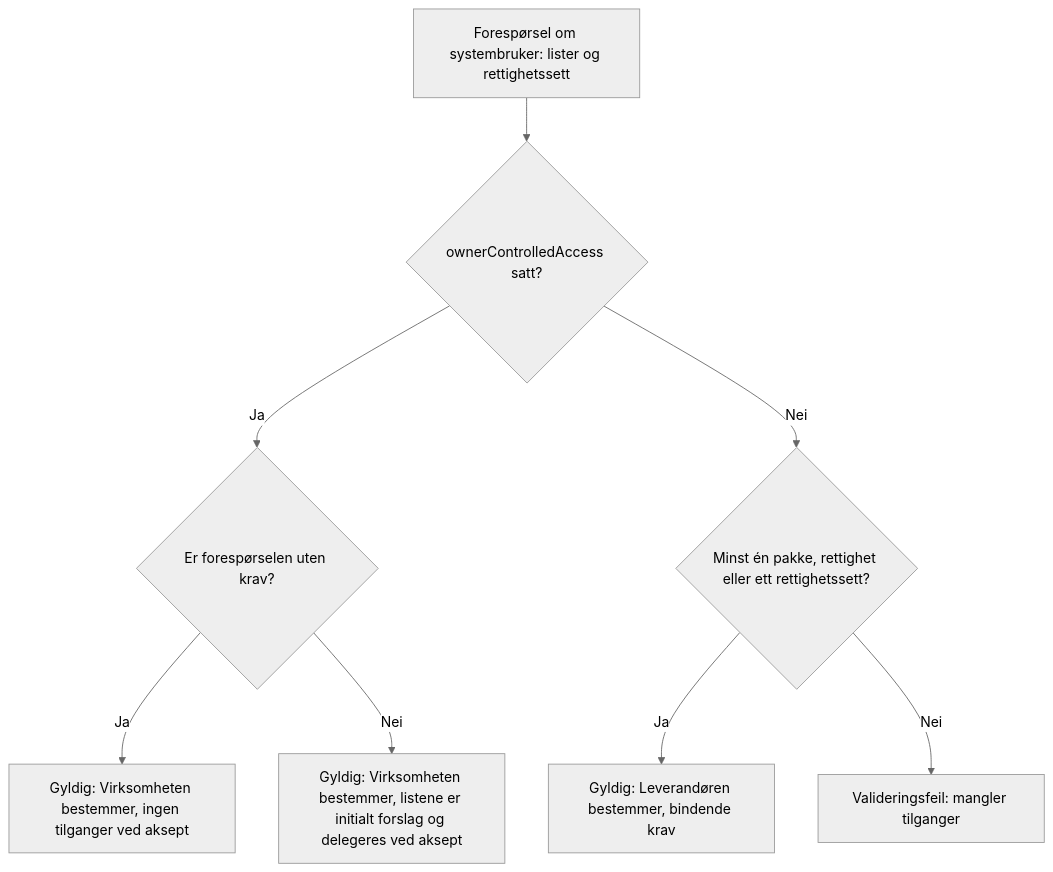
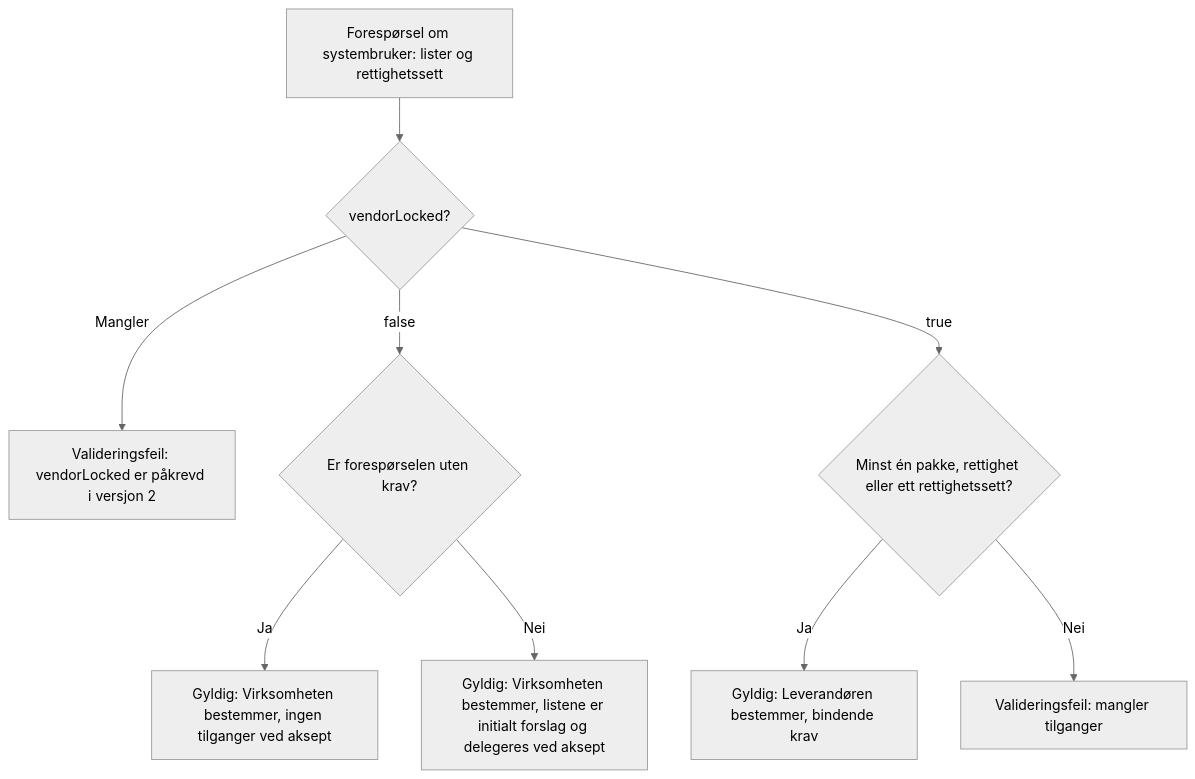
The second of 6 diagrams in content/authorization/guides/system-vendor/system-user/beslutningstre.nb.md (Altinn/altinn-studio-docs), drawn with Mermaid (neutral theme) before and after one commit. The commit also changed other lines of this file and 2 other files, not shown here.

First line of the commit message:
docs: rename system user flag to vendorLocked, required in v2

```diff
--- a/content/authorization/guides/system-vendor/system-user/beslutningstre.nb.md
+++ b/content/authorization/guides/system-vendor/system-user/beslutningstre.nb.md
@@ -41,10 +41,11 @@
 {{< mermaid >}}
 graph TD
-  REQUEST["Forespørsel om systembruker: lister og rettighetssett"] --> FLAG{"ownerControlledAccess satt?"}
-  FLAG -->|Ja| EMPTY{"Er forespørselen uten krav?"}
+  REQUEST["Forespørsel om systembruker: lister og rettighetssett"] --> FLAG{"vendorLocked?"}
+  FLAG -->|Mangler| ERROR1["Valideringsfeil: vendorLocked er påkrevd i versjon 2"]
+  FLAG -->|false| EMPTY{"Er forespørselen uten krav?"}
   EMPTY -->|Ja| FREE["Gyldig: Virksomheten bestemmer, ingen tilganger ved aksept"]
   EMPTY -->|Nei| PROPOSAL["Gyldig: Virksomheten bestemmer, listene er initialt forslag og delegeres ved aksept"]
-  FLAG -->|Nei| CONTENT{"Minst én pakke, rettighet eller ett rettighetssett?"}
+  FLAG -->|true| CONTENT{"Minst én pakke, rettighet eller ett rettighetssett?"}
   CONTENT -->|Ja| PRESET["Gyldig: Leverandøren bestemmer, bindende krav"]
   CONTENT -->|Nei| ERROR2["Valideringsfeil: mangler tilganger"]
 {{< /mermaid >}}
```
